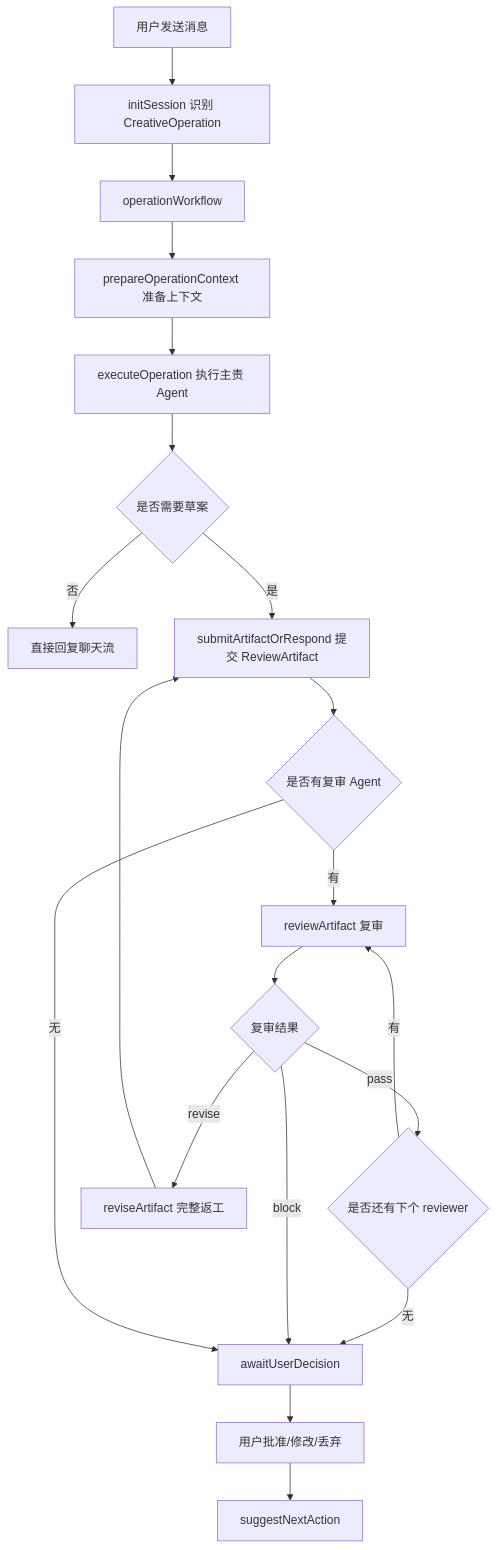
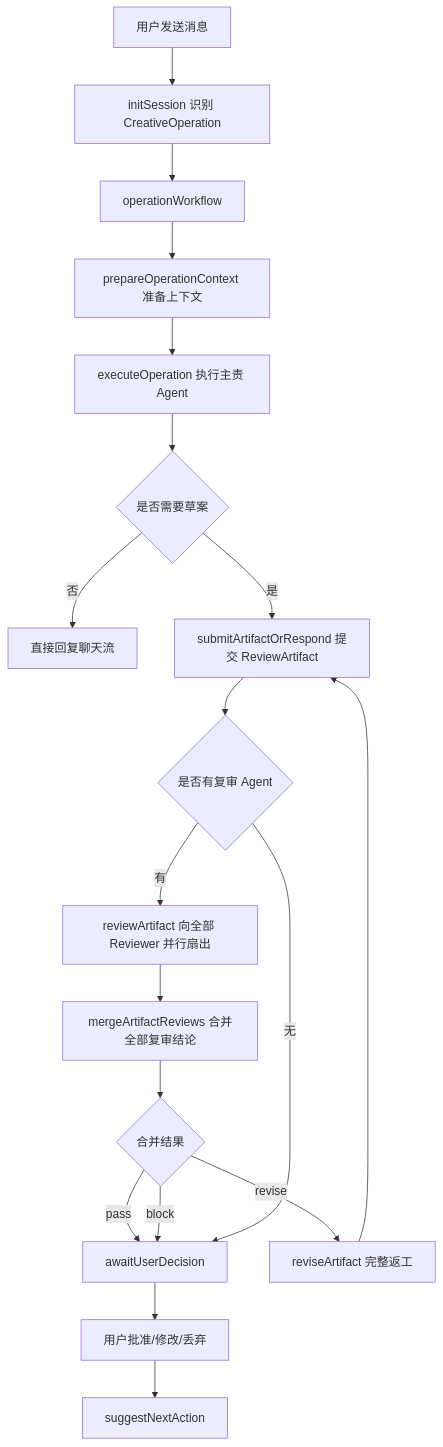
Before and after one commit to chimeiwang/Smart-Novel-Gen-nie: the first of 2 diagrams in docs/requirements/03-ai-writing-and-agents.md, drawn with Mermaid. The commit also changed 1 other file, not shown here.

Commit message:
文档：校准并行复审流程

```diff
--- a/docs/requirements/03-ai-writing-and-agents.md
+++ b/docs/requirements/03-ai-writing-and-agents.md
@@ -47,22 +47,21 @@
 ~~~mermaid
 flowchart TD
     A["用户发送消息"] --> B["initSession 识别 CreativeOperation"]
     B --> C["operationWorkflow"]
     C --> D["prepareOperationContext 准备上下文"]
     D --> E["executeOperation 执行主责 Agent"]
     E --> F{"是否需要草案"}
     F -->|"否"| G["直接回复聊天流"]
     F -->|"是"| H["submitArtifactOrRespond 提交 ReviewArtifact"]
     H --> I{"是否有复审 Agent"}
-    I -->|"有"| J["reviewArtifact 复审"]
-    J --> K{"复审结果"}
-    K -->|"pass"| L{"是否还有下个 reviewer"}
-    L -->|"有"| J
-    L -->|"无"| M["awaitUserDecision"]
-    K -->|"revise"| O["reviseArtifact 完整返工"]
+    I -->|"有"| J["reviewArtifact 向全部 Reviewer 并行扇出"]
+    J --> K["mergeArtifactReviews 合并全部复审结论"]
+    K --> L{"合并结果"}
+    L -->|"pass"| M["awaitUserDecision"]
+    L -->|"revise"| O["reviseArtifact 完整返工"]
     O --> H
-    K -->|"block"| M
+    L -->|"block"| M
     I -->|"无"| M
     M --> P["用户批准/修改/丢弃"]
     P --> Q["suggestNextAction"]
 ~~~
```
